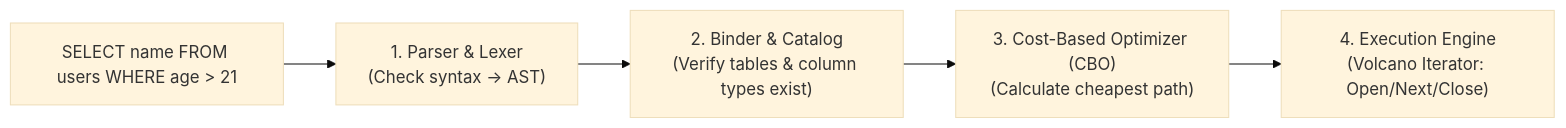
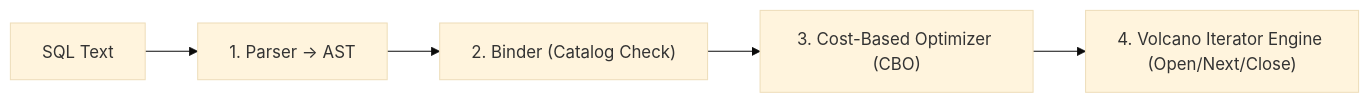
The fifth of 9 diagrams in 02-DBMS/DBMS-Advanced-Concepts.md (rohithgowda18/Notes), drawn with Mermaid (base theme) before and after one commit. The commit also changed other lines of this file and 15 other files, not shown here.

Commit message:
docs: audit Mermaid diagrams, optimize side-by-side layouts, and deduplicate DBMS advanced notes

````diff
--- a/02-DBMS/DBMS-Advanced-Concepts.md
+++ b/02-DBMS/DBMS-Advanced-Concepts.md
@@ -602,7 +232,7 @@
 ```mermaid
 flowchart LR
-    SQL["SELECT name FROM users WHERE age > 21"] --> Parser["1. Parser & Lexer<br/>(Check syntax -> AST)"]
-    Parser --> Binder["2. Binder & Catalog<br/>(Verify tables & column types exist)"]
-    Binder --> Optimizer["3. Cost-Based Optimizer (CBO)<br/>(Calculate cheapest path)"]
-    Optimizer --> Engine["4. Execution Engine<br/>(Volcano Iterator: Open/Next/Close)"]
+    SQL["SQL Text"] --> Parser["1. Parser -> AST"]
+    Parser --> Binder["2. Binder (Catalog Check)"]
+    Binder --> Optimizer["3. Cost-Based Optimizer (CBO)"]
+    Optimizer --> Engine["4. Volcano Iterator Engine (Open/Next/Close)"]
 ```
````
